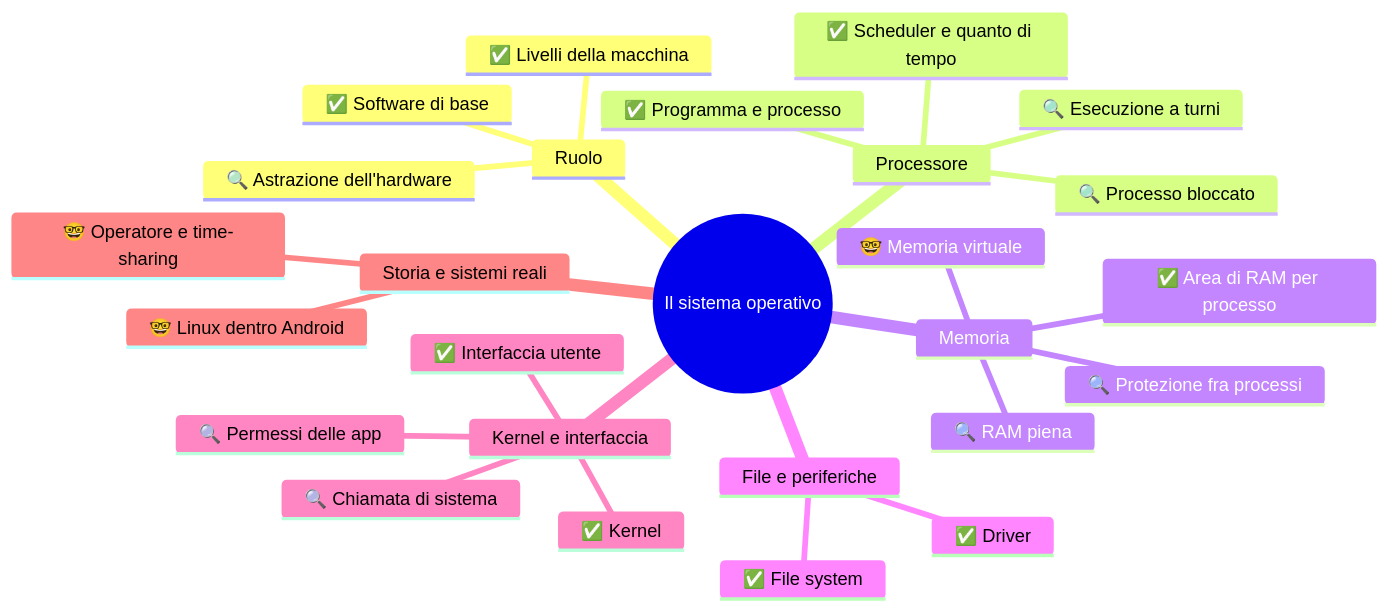
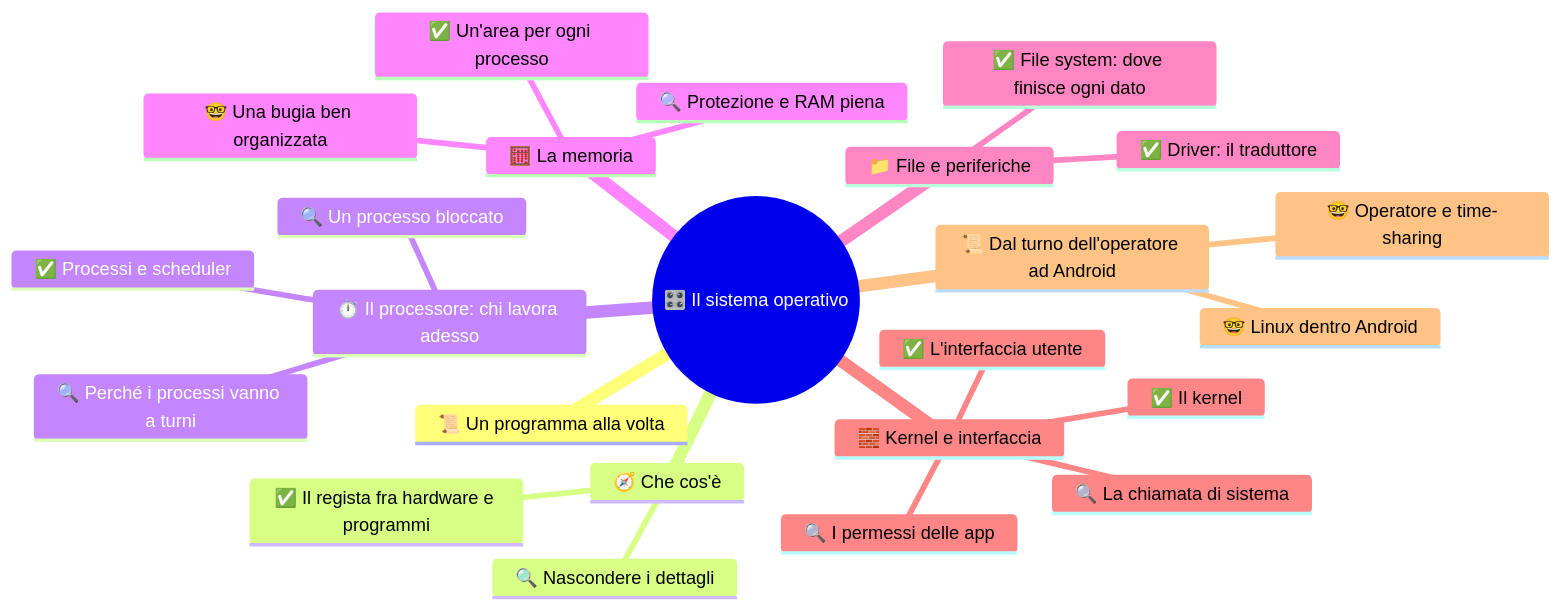
Before and after one commit to Neeqstock/dispense-caramuel: the diagram in 1CI - Informatica/2 NOV-DIC/Allegati/1ci-nov-dic-s1-il-sistema-operativo-mappa-html-1.mmd, drawn with Mermaid. The commit also changed 56 other files, not shown here.

```diff
--- a/1CI - Informatica/2 NOV-DIC/Allegati/1ci-nov-dic-s1-il-sistema-operativo-mappa-html-1.mmd
+++ b/1CI - Informatica/2 NOV-DIC/Allegati/1ci-nov-dic-s1-il-sistema-operativo-mappa-html-1.mmd
@@ -1,27 +1,25 @@
 mindmap
-  root((Il sistema operativo))
-    Ruolo
-      ✅ Software di base
-      ✅ Livelli della macchina
-      🔍 Astrazione dell'hardware
-    Processore
-      ✅ Programma e processo
-      ✅ Scheduler e quanto di tempo
-      🔍 Esecuzione a turni
-      🔍 Processo bloccato
-    Memoria
-      ✅ Area di RAM per processo
-      🔍 Protezione fra processi
-      🔍 RAM piena
-      🤓 Memoria virtuale
-    File e periferiche
-      ✅ File system
-      ✅ Driver
-    Kernel e interfaccia
-      ✅ Kernel
-      ✅ Interfaccia utente
-      🔍 Chiamata di sistema
-      🔍 Permessi delle app
-    Storia e sistemi reali
+  root((🎛️ Il sistema operativo))
+    📜 Un programma alla volta
+    🧭 Che cos'è
+      ✅ Il regista fra hardware e programmi
+      🔍 Nascondere i dettagli
+    ⏱️ Il processore: chi lavora adesso
+      ✅ Processi e scheduler
+      🔍 Perché i processi vanno a turni
+      🔍 Un processo bloccato
+    🧮 La memoria
+      ✅ Un'area per ogni processo
+      🔍 Protezione e RAM piena
+      🤓 Una bugia ben organizzata
+    📁 File e periferiche
+      ✅ File system: dove finisce ogni dato
+      ✅ Driver: il traduttore
+    🧱 Kernel e interfaccia
+      ✅ Il kernel
+      ✅ L'interfaccia utente
+      🔍 La chiamata di sistema
+      🔍 I permessi delle app
+    📜 Dal turno dell'operatore ad Android
       🤓 Operatore e time-sharing
       🤓 Linux dentro Android
```
